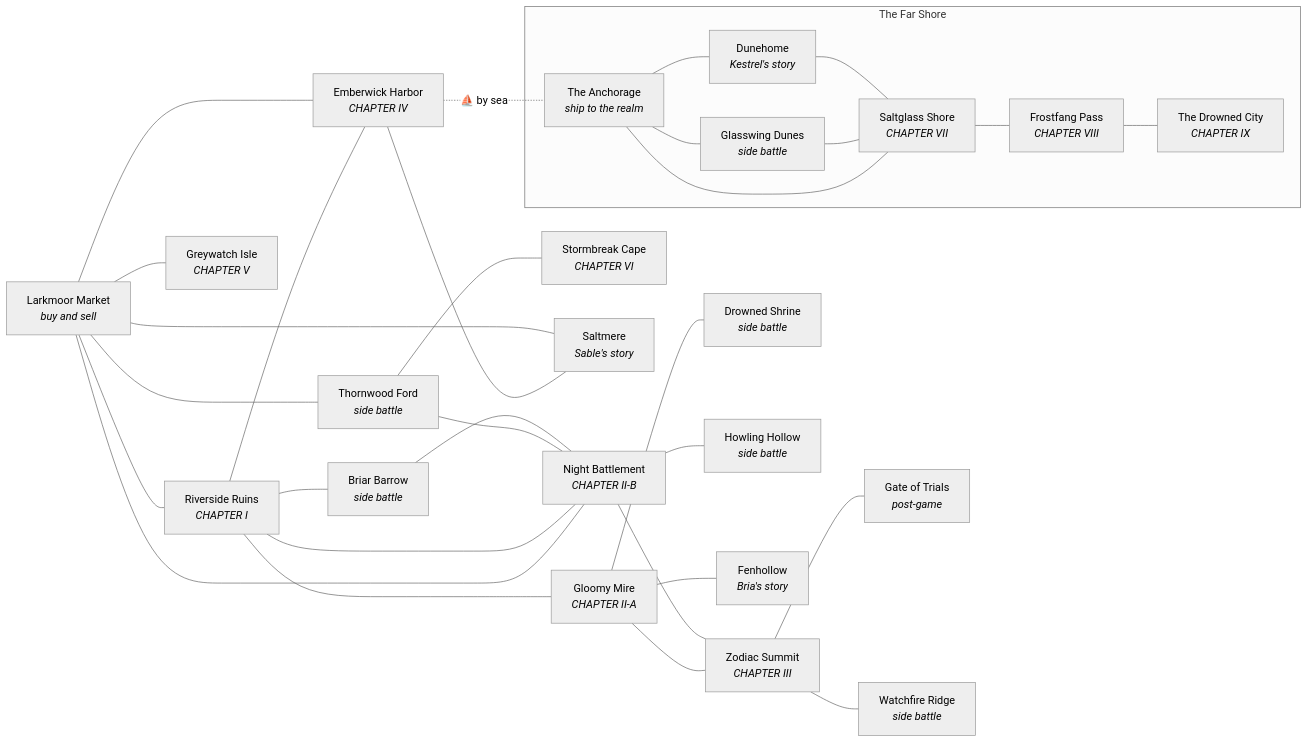
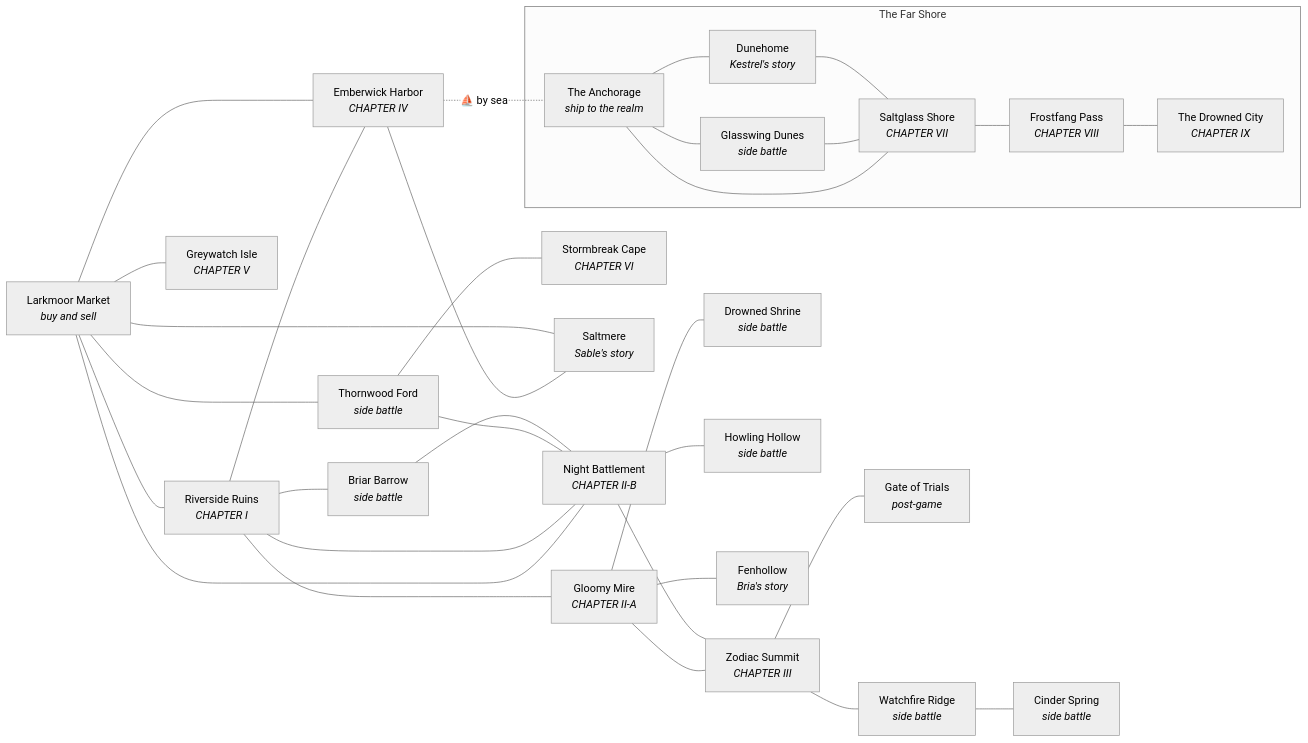
The third of 4 diagrams in docs/CONTENT_REFERENCE.md (CptNope/Chess-RPG-Tactics), drawn with Mermaid (neutral theme) before and after one commit. The commit also changed other lines of this file and 31 other files, not shown here.

First line of the commit message:
0.48.0: hazards, hold zones and the Cinder Spring

````diff
--- a/docs/CONTENT_REFERENCE.md
+++ b/docs/CONTENT_REFERENCE.md
@@ -720,56 +721,58 @@
 ```mermaid
 flowchart LR
   market["Larkmoor Market<br/><i>buy and sell</i>"]
   ruins["Riverside Ruins<br/><i>CHAPTER I</i>"]
   mire["Gloomy Mire<br/><i>CHAPTER II-A</i>"]
   battlement["Night Battlement<br/><i>CHAPTER II-B</i>"]
   summit["Zodiac Summit<br/><i>CHAPTER III</i>"]
   trials["Gate of Trials<br/><i>post-game</i>"]
   harbor["Emberwick Harbor<br/><i>CHAPTER IV</i>"]
   isle["Greywatch Isle<br/><i>CHAPTER V</i>"]
   cape["Stormbreak Cape<br/><i>CHAPTER VI</i>"]
   thornwood["Thornwood Ford<br/><i>side battle</i>"]
   shrine["Drowned Shrine<br/><i>side battle</i>"]
   ridge["Watchfire Ridge<br/><i>side battle</i>"]
   hollow["Howling Hollow<br/><i>side battle</i>"]
   barrow["Briar Barrow<br/><i>side battle</i>"]
+  cinder["Cinder Spring<br/><i>side battle</i>"]
   fenhollow["Fenhollow<br/><i>Bria's story</i>"]
   saltmere["Saltmere<br/><i>Sable's story</i>"]
   subgraph far_shore["The Far Shore"]
     anchorage["The Anchorage<br/><i>ship to the realm</i>"]
     saltglass["Saltglass Shore<br/><i>CHAPTER VII</i>"]
     frostfang["Frostfang Pass<br/><i>CHAPTER VIII</i>"]
     drowned_city["The Drowned City<br/><i>CHAPTER IX</i>"]
     dunehome["Dunehome<br/><i>Kestrel's story</i>"]
     glasswing["Glasswing Dunes<br/><i>side battle</i>"]
   end
   market --- ruins
   market --- battlement
   ruins --- mire
   ruins --- battlement
   mire --- summit
   battlement --- summit
   summit --- trials
   market --- thornwood
   thornwood --- battlement
   mire --- shrine
   summit --- ridge
   ruins --- harbor
   market --- harbor
   market --- isle
   thornwood --- cape
   battlement --- hollow
   ruins --- barrow
   barrow --- battlement
+  ridge --- cinder
   mire --- fenhollow
   harbor --- saltmere
   market --- saltmere
   anchorage --- saltglass
   saltglass --- frostfang
   frostfang --- drowned_city
   anchorage --- glasswing
   glasswing --- saltglass
   anchorage --- dunehome
   dunehome --- saltglass
   harbor -. "⛵ by sea" .- anchorage
 ```
````
